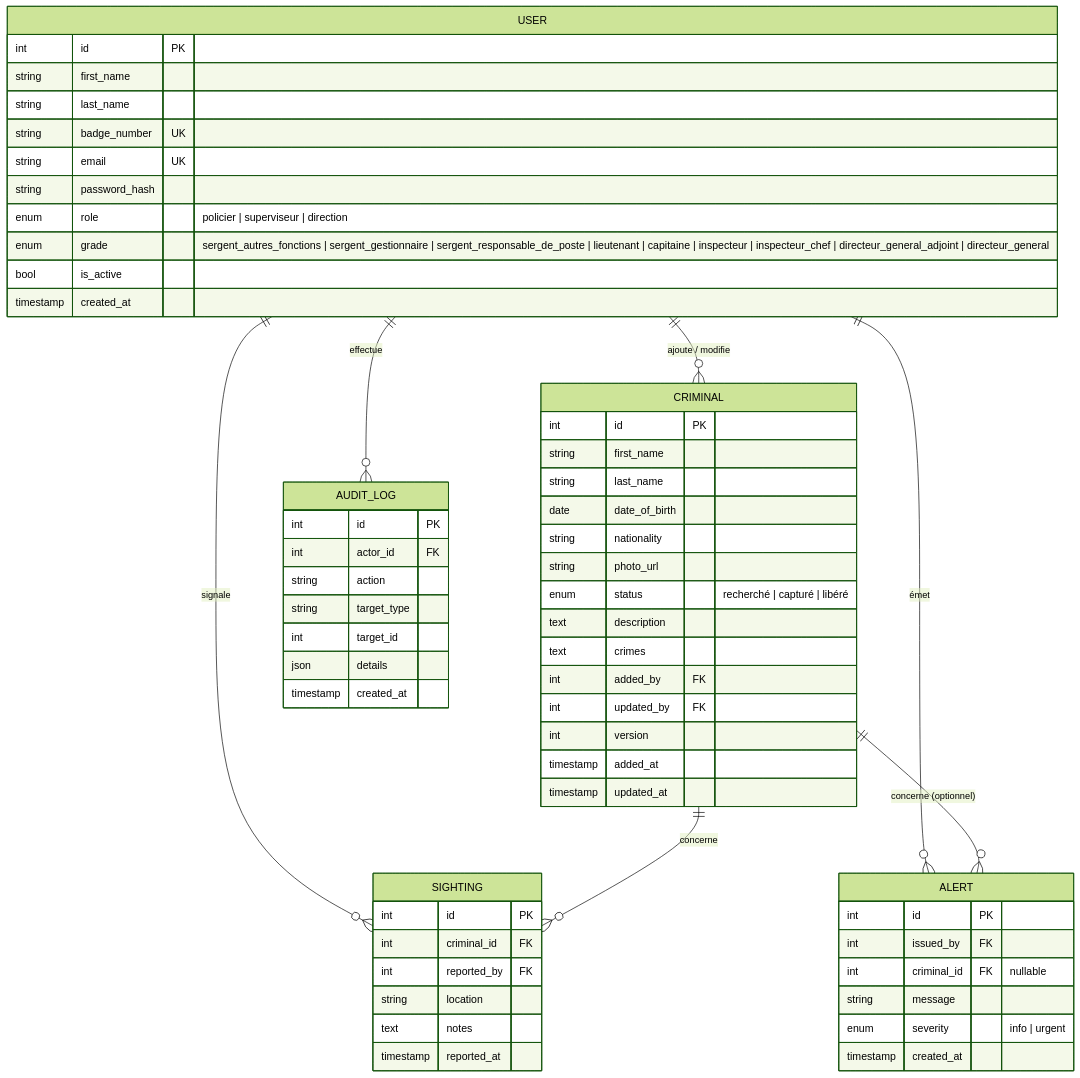
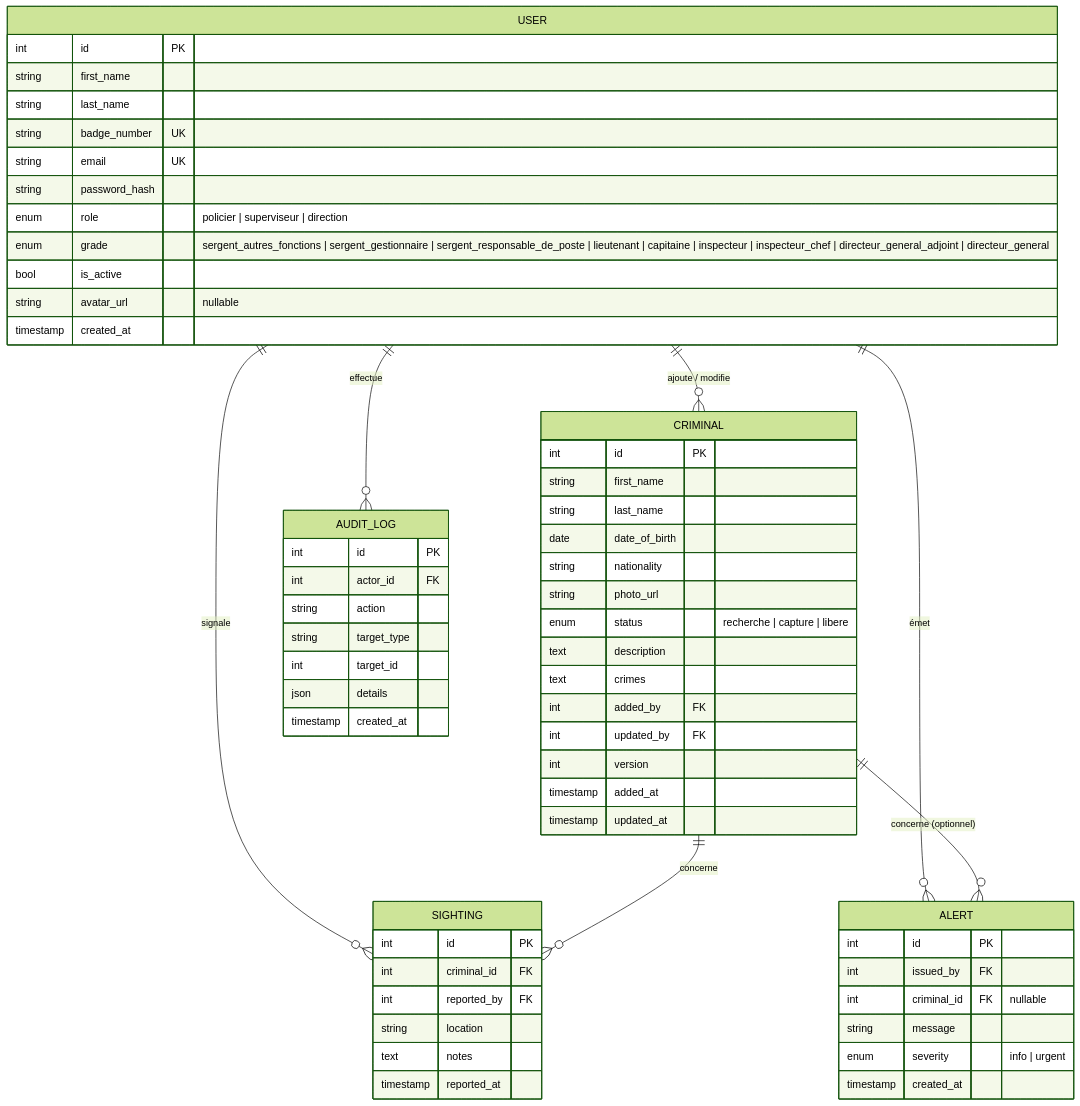
The diagram in docs/03-conception.md (dr-arobase/projet-DA_3), drawn with Mermaid (forest theme) before and after one commit. The commit also changed other lines of this file and 23 other files, not shown here.

````diff
--- a/docs/03-conception.md
+++ b/docs/03-conception.md
@@ -8,63 +28,64 @@
 ```mermaid
 erDiagram
     USER {
         int id PK
         string first_name
         string last_name
         string badge_number UK
         string email UK
         string password_hash
         enum role "policier | superviseur | direction"
         enum grade "sergent_autres_fonctions | sergent_gestionnaire | sergent_responsable_de_poste | lieutenant | capitaine | inspecteur | inspecteur_chef | directeur_general_adjoint | directeur_general"
         bool is_active
+        string avatar_url "nullable"
         timestamp created_at
     }
     CRIMINAL {
         int id PK
         string first_name
         string last_name
         date date_of_birth
         string nationality
         string photo_url
-        enum status "recherché | capturé | libéré"
+        enum status "recherche | capture | libere"
         text description
         text crimes
         int added_by FK
         int updated_by FK
         int version
         timestamp added_at
         timestamp updated_at
     }
     SIGHTING {
         int id PK
         int criminal_id FK
         int reported_by FK
         string location
         text notes
         timestamp reported_at
     }
     ALERT {
         int id PK
         int issued_by FK
         int criminal_id FK "nullable"
         string message
         enum severity "info | urgent"
         timestamp created_at
     }
     AUDIT_LOG {
         int id PK
         int actor_id FK
         string action
         string target_type
         int target_id
         json details
         timestamp created_at
     }
 
     USER ||--o{ CRIMINAL : "ajoute / modifie"
     USER ||--o{ SIGHTING : "signale"
     USER ||--o{ ALERT : "émet"
     USER ||--o{ AUDIT_LOG : "effectue"
     CRIMINAL ||--o{ SIGHTING : "concerne"
     CRIMINAL ||--o{ ALERT : "concerne (optionnel)"
 ```
````
